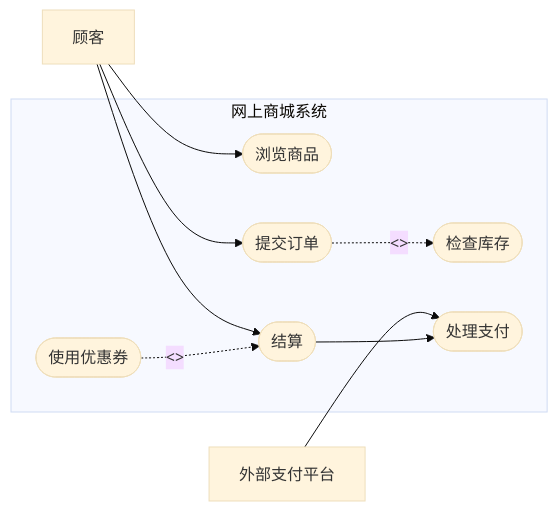
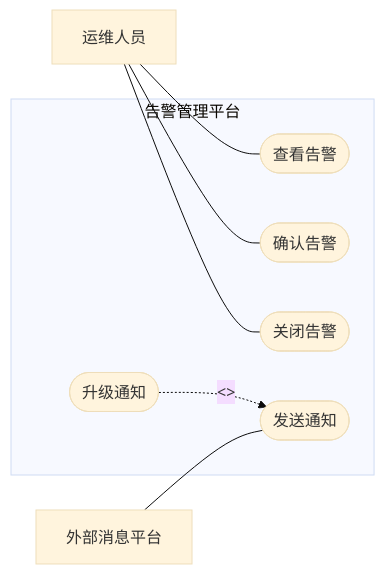
The first of 3 diagrams in 01_综合知识/04_软件工程基础知识/03_分析与设计/UML用例图.md (74262195/system-architect-notes), drawn with Mermaid (base theme) before and after one commit. The commit also changed other lines of this file, not shown here.

Commit message:
重写 UML 用例图章节，突出核心考点与关系方向

````diff
--- a/01_综合知识/04_软件工程基础知识/03_分析与设计/UML用例图.md
+++ b/01_综合知识/04_软件工程基础知识/03_分析与设计/UML用例图.md
@@ -107,22 +87,19 @@
 ```mermaid
 flowchart LR
-    U[顾客]
-    Pay[外部支付平台]
+    Ops[运维人员]
+    Msg[外部消息平台]
 
-    subgraph SHOP[网上商城系统]
-        B([浏览商品])
-        O([提交订单])
-        I([检查库存])
-        C([结算])
-        P([使用优惠券])
-        H([处理支付])
+    subgraph SYS[告警管理平台]
+        View([查看告警])
+        Ack([确认告警])
+        Close([关闭告警])
+        Send([发送通知])
+        Esc([升级通知])
     end
 
-    U --> B
-    U --> O
-    U --> C
-    Pay --> H
-    O -. "<<include>>" .-> I
-    P -. "<<extend>>" .-> C
-    C --> H
+    Ops --- View
+    Ops --- Ack
+    Ops --- Close
+    Msg --- Send
+    Esc -. "<<extend>>" .-> Send
 ```
````
